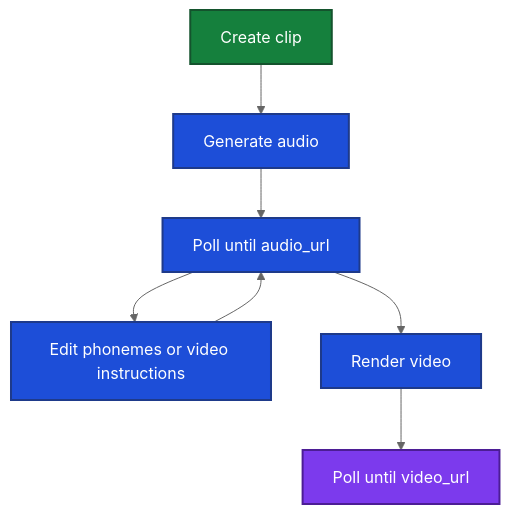
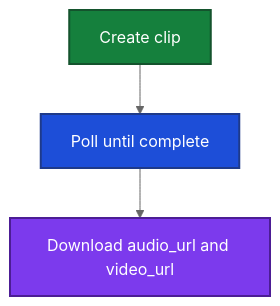
Before and after one commit to william-akapulu/docs: the diagram in guides/clips/workflow.mdx, drawn with Mermaid (neutral theme). The commit also changed other lines of this file and 21 other files, not shown here.

Commit message:
Document talking clips as create-and-poll jobs billed at 1 credit per estimated minute.

````diff
--- a/guides/clips/workflow.mdx
+++ b/guides/clips/workflow.mdx
@@ -14,24 +14,17 @@
 ```mermaid
 flowchart TD
-  CLIP[Create clip]
-  AUDIO[Generate audio]
-  POLL1[Poll until audio_url]
-  EDIT[Edit phonemes or video instructions]
-  RENDER[Render video]
-  POLL2[Poll until video_url]
+  CREATE[Create clip]
+  POLL[Poll until complete]
+  DOWN[Download audio_url and video_url]
 
-  CLIP --> AUDIO
-  AUDIO --> POLL1
-  POLL1 --> EDIT
-  POLL1 --> RENDER
-  EDIT --> POLL1
-  RENDER --> POLL2
+  CREATE --> POLL
+  POLL --> DOWN
 
   classDef startNode fill:#15803d,color:#ffffff,stroke:#14532d,stroke-width:2px;
   classDef stageNode fill:#1d4ed8,color:#ffffff,stroke:#1e3a8a,stroke-width:2px;
   classDef endNode fill:#7c3aed,color:#ffffff,stroke:#4c1d95,stroke-width:2px;
 
-  class CLIP startNode;
-  class AUDIO,POLL1,EDIT,RENDER stageNode;
-  class POLL2 endNode;
+  class CREATE startNode;
+  class POLL stageNode;
+  class DOWN endNode;
 ```
````
